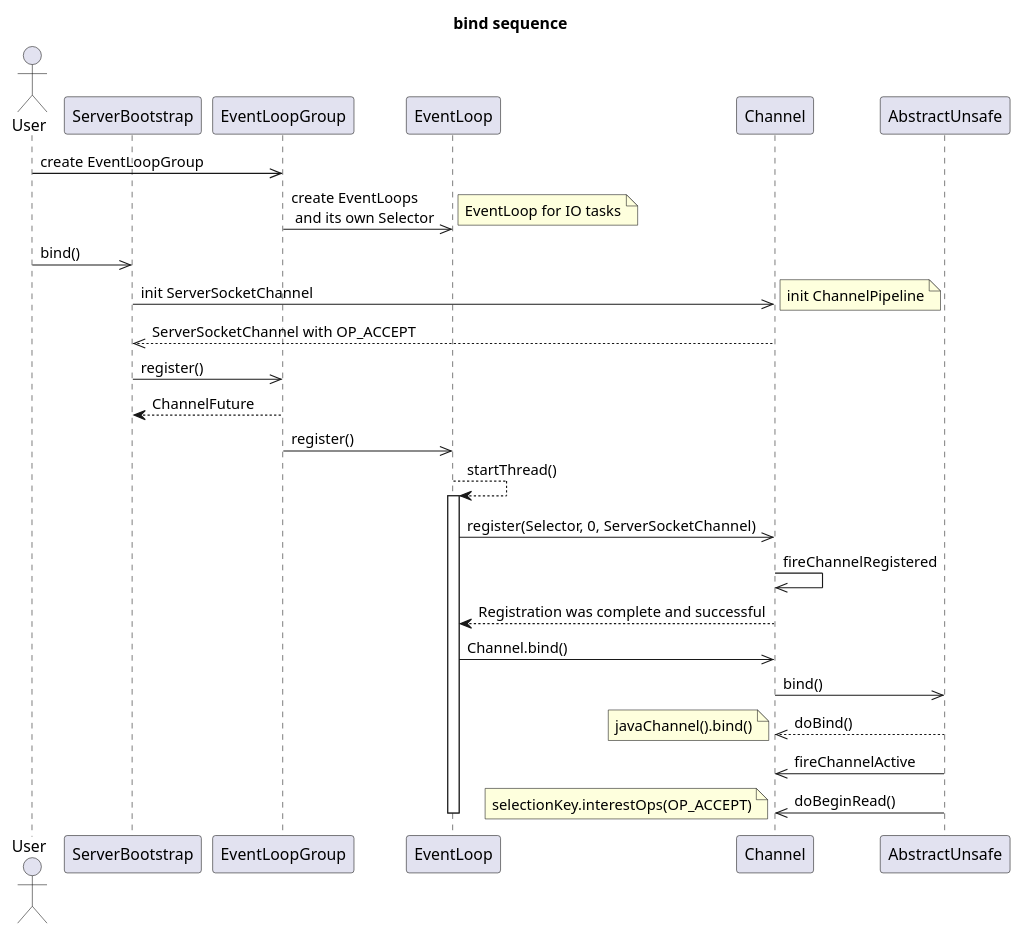
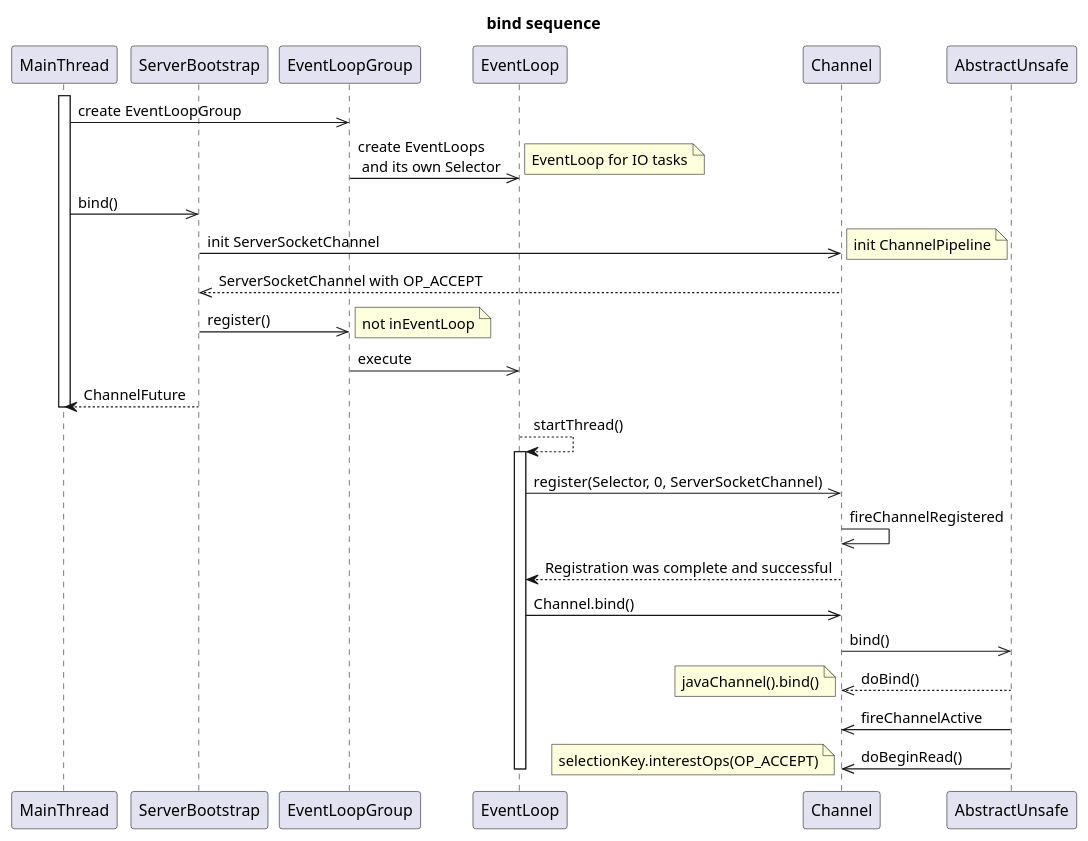
One commit to Robinpig/Note changed the first of 6 diagrams in docs/CS/Java/Netty/Netty.md. Above: the diagram before and after it, drawn with PlantUML. The commit also changed other lines of this file and 2 other files, not shown here.

Commit message:
Frame Detection

````diff
--- a/docs/CS/Java/Netty/Netty.md
+++ b/docs/CS/Java/Netty/Netty.md
@@ -44,32 +44,35 @@
 ```plantuml
 title: bind sequence
-actor User
+participant MainThread as ma
 participant ServerBootstrap as sb
 participant EventLoopGroup as we
 participant EventLoop as bl
 participant Channel as cc
-User ->> we: create EventLoopGroup
+activate ma
+ma ->> we: create EventLoopGroup
 we ->> bl: create EventLoops \n and its own Selector
 note right: EventLoop for IO tasks
-User ->> sb: bind()
+ma ->> sb: bind()
 sb ->> cc: init ServerSocketChannel
 note right: init ChannelPipeline
 cc -->> sb: ServerSocketChannel with OP_ACCEPT
 sb ->> we: register()
-we --> sb: ChannelFuture
-we ->> bl: register()
+note right: not inEventLoop
+we ->> bl: execute
+sb --> ma: ChannelFuture
+deactivate ma
 bl --> bl: startThread()
 activate bl
 bl ->> cc: register(Selector, 0, ServerSocketChannel)
 cc ->> cc: fireChannelRegistered
 cc --> bl: Registration was complete and successful
 bl ->> cc: Channel.bind()
 participant AbstractUnsafe as au
 cc ->> au: bind()
 au -->> cc: doBind()
 note left: javaChannel().bind()
 au ->> cc: fireChannelActive
 au ->> cc: doBeginRead()
 note left: selectionKey.interestOps(OP_ACCEPT)
 deactivate bl
 ```
````
